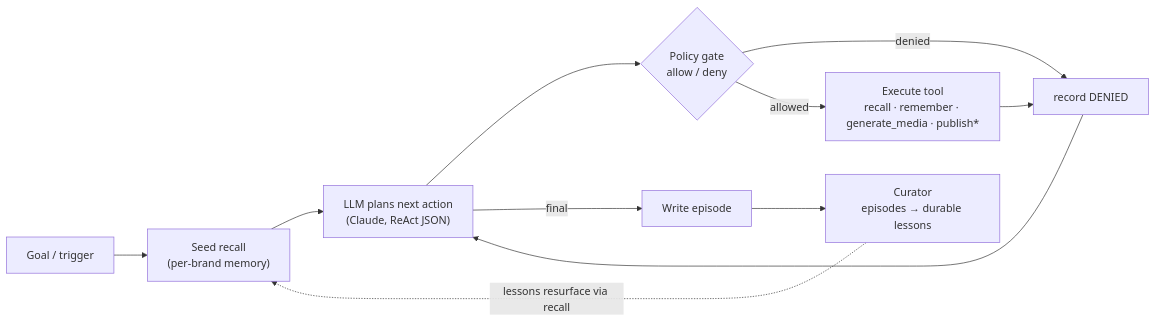
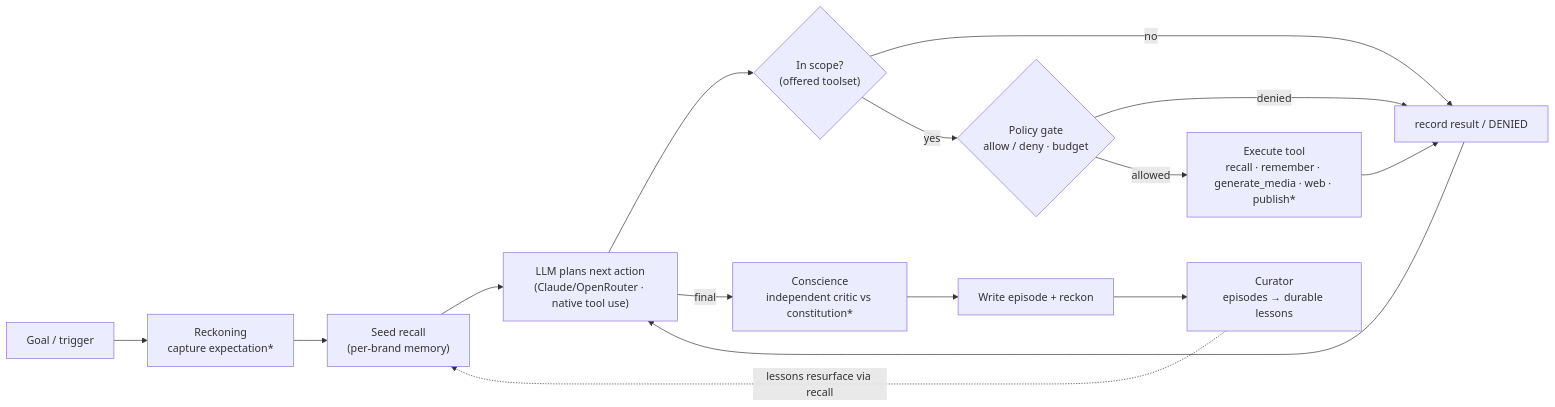
One commit to Meshpilot-AGI/meshpilot-digital-marketing-agent changed the second of 2 diagrams in README.md. Above: the diagram before and after it, drawn with Mermaid. The commit also changed other lines of this file and 2 other files, not shown here.

First line of the commit message:
docs(readme): refresh to the current agent (OpenRouter, native tools, deliberation, router) (#182)

````diff
--- a/README.md
+++ b/README.md
@@ -167,13 +179,17 @@
 ```mermaid
 flowchart LR
-    GOAL["Goal / trigger"] --> RECALL["Seed recall<br/>(per-brand memory)"]
-    RECALL --> PLAN["LLM plans next action<br/>(Claude, ReAct JSON)"]
-    PLAN --> GATE{"Policy gate<br/>allow / deny"}
-    GATE -->|denied| OBS["record DENIED"]
-    GATE -->|allowed| ACT["Execute tool<br/>recall · remember · generate_media · publish*"]
+    GOAL["Goal / trigger"] --> EXP["Reckoning<br/>capture expectation*"]
+    EXP --> RECALL["Seed recall<br/>(per-brand memory)"]
+    RECALL --> PLAN["LLM plans next action<br/>(Claude/OpenRouter · native tool use)"]
+    PLAN --> SCOPE{"In scope?<br/>(offered toolset)"}
+    SCOPE -->|no| OBS
+    SCOPE -->|yes| GATE{"Policy gate<br/>allow / deny · budget"}
+    GATE -->|denied| OBS["record result / DENIED"]
+    GATE -->|allowed| ACT["Execute tool<br/>recall · remember · generate_media · web · publish*"]
     ACT --> OBS
     OBS --> PLAN
-    PLAN -->|final| EP["Write episode"]
+    PLAN -->|final| CONS["Conscience<br/>independent critic vs constitution*"]
+    CONS --> EP["Write episode + reckon"]
     EP --> CUR["Curator<br/>episodes → durable lessons"]
     CUR -.->|lessons resurface via recall| RECALL
 ```
````
